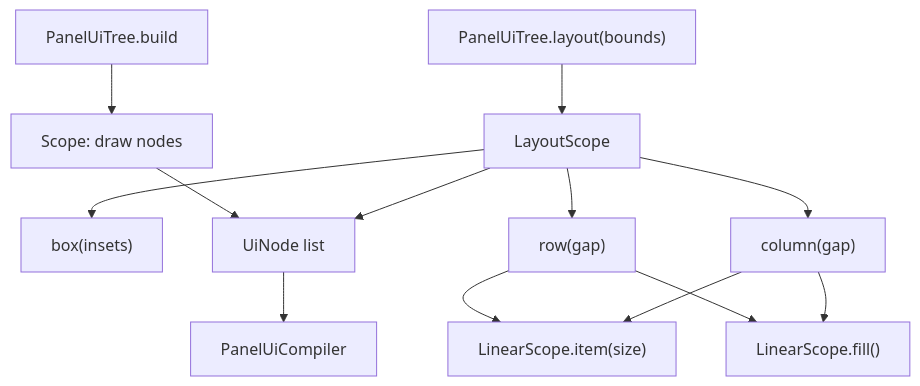
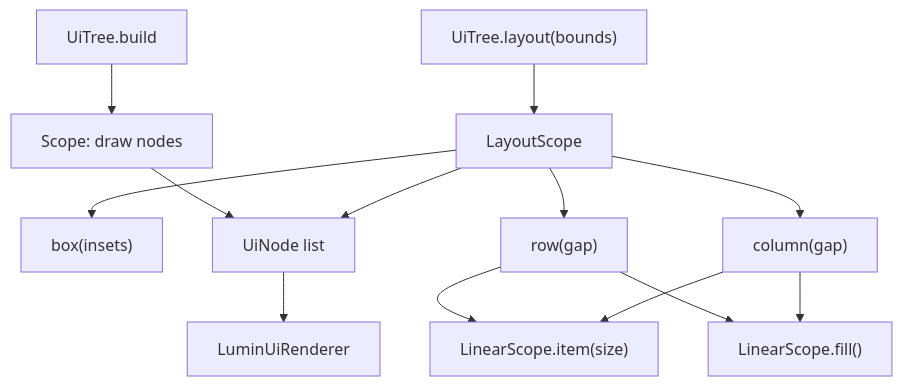
Before and after one commit to liuyyx/eps-plus: the third of 7 diagrams in docs/gui.md, drawn with Mermaid. The commit also changed other lines of this file and 195 other files, not shown here.

````diff
--- a/docs/gui.md
+++ b/docs/gui.md
@@ -66,15 +68,15 @@
 ```mermaid
 flowchart TD
-    A["PanelUiTree.build"] --> B["Scope: draw nodes"]
-    A2["PanelUiTree.layout(bounds)"] --> C["LayoutScope"]
+    A["UiTree.build"] --> B["Scope: draw nodes"]
+    A2["UiTree.layout(bounds)"] --> C["LayoutScope"]
     C --> C1["box(insets)"]
     C --> C2["row(gap)"]
     C --> C3["column(gap)"]
     C2 --> D["LinearScope.item(size)"]
     C2 --> E["LinearScope.fill()"]
     C3 --> D
     C3 --> E
     B --> F["UiNode list"]
     C --> F
-    F --> G["PanelUiCompiler"]
+    F --> G["LuminUiRenderer"]
 ```
````
